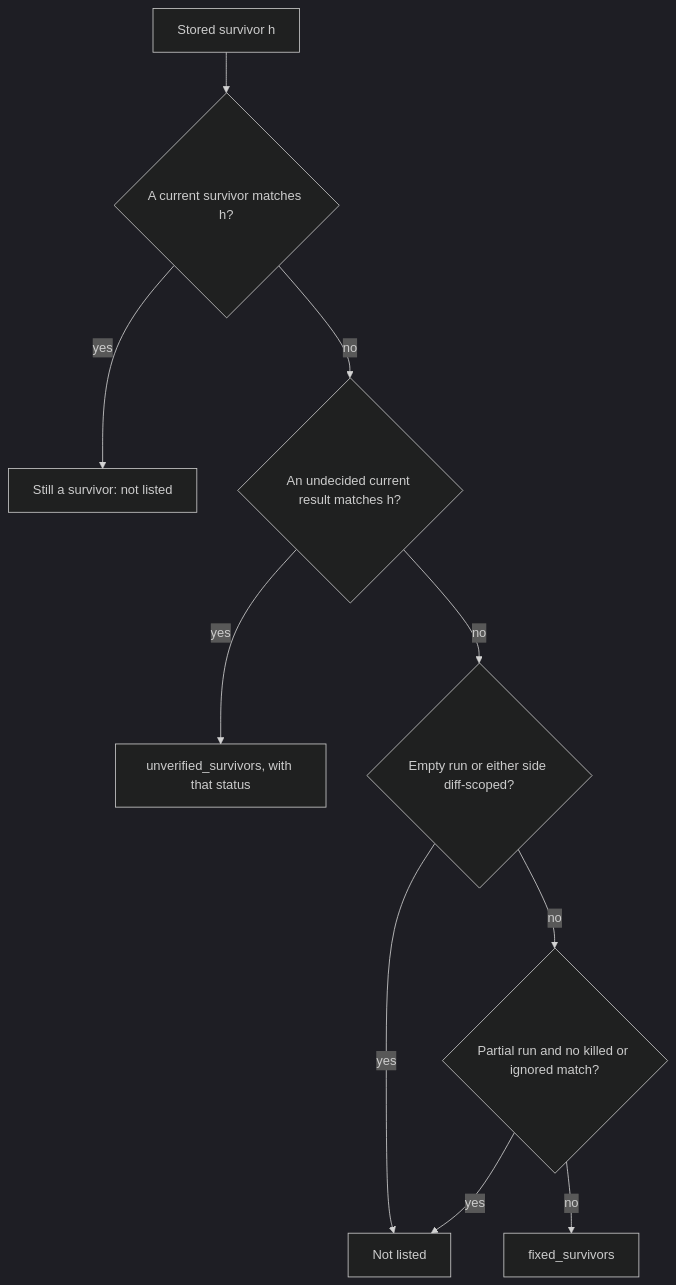
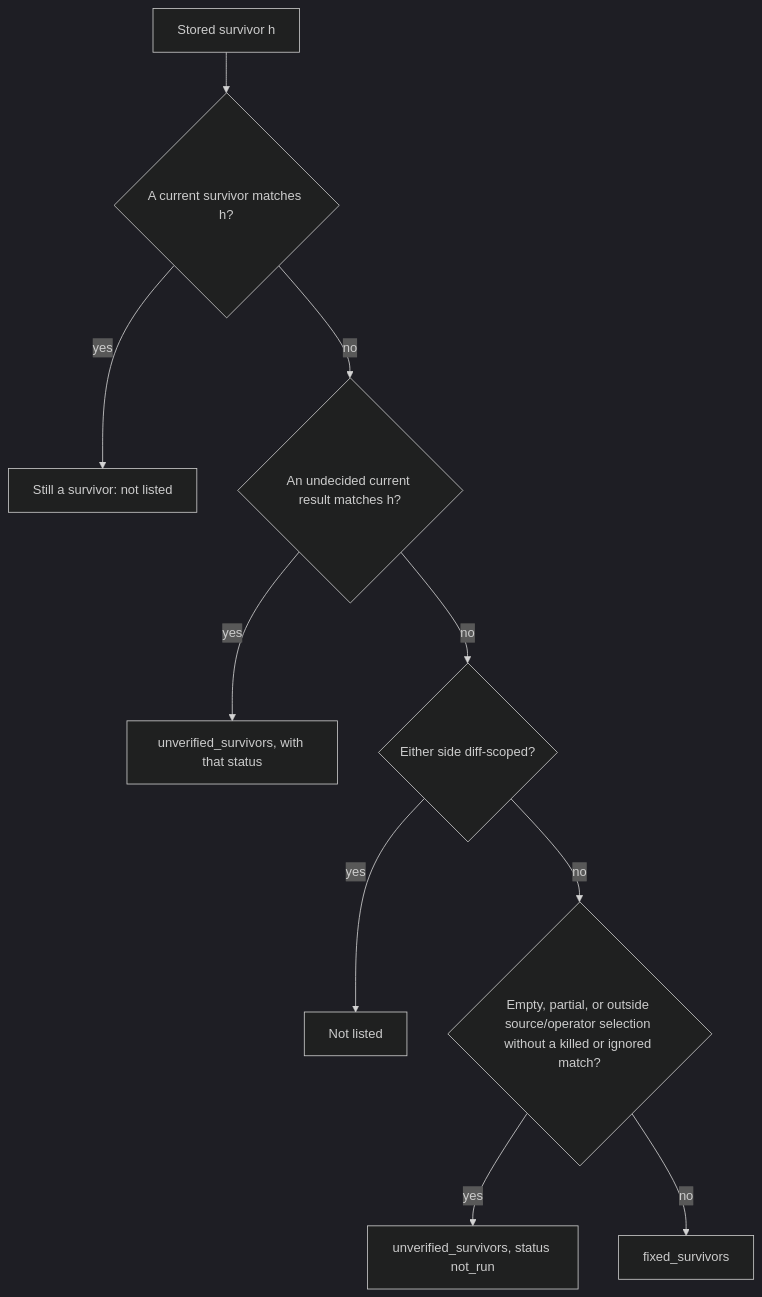
Before and after one commit to davidteren/mutineer: the diagram in docs/plans/2026-10-24-283-286-fix-baseline-unverified-survivors-plan.md, drawn with Mermaid (dark theme). The commit also changed other lines of this file and 8 other files, not shown here.

Commit message:
fix: report omitted baseline survivors as unverified

````diff
--- a/docs/plans/2026-10-24-283-286-fix-baseline-unverified-survivors-plan.md
+++ b/docs/plans/2026-10-24-283-286-fix-baseline-unverified-survivors-plan.md
@@ -108,12 +108,12 @@
 ```mermaid
 flowchart TD
   S[Stored survivor h] --> A{A current survivor matches h?}
   A -->|yes| K[Still a survivor: not listed]
   A -->|no| B{An undecided current result matches h?}
   B -->|yes| U[unverified_survivors, with that status]
-  B -->|no| C{Empty run or either side diff-scoped?}
+  B -->|no| C{Either side diff-scoped?}
   C -->|yes| N[Not listed]
-  C -->|no| P{Partial run and no killed or ignored match?}
-  P -->|yes| N
+  C -->|no| P{Empty, partial, or outside source/operator selection without a killed or ignored match?}
+  P -->|yes| O[unverified_survivors, status not_run]
   P -->|no| F[fixed_survivors]
 ```
````
